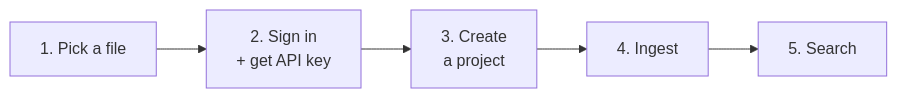
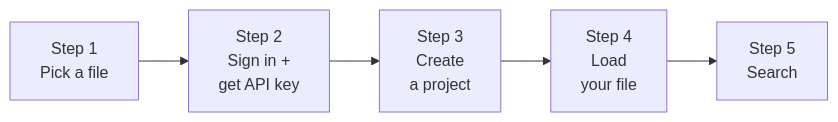
One commit to Kurious-AI/getting-started changed the first of 2 diagrams in README.md. Above: the diagram before and after it, drawn with Mermaid. The commit also changed other lines of this file, not shown here.

````diff
--- a/README.md
+++ b/README.md
@@ -93,4 +69,4 @@
 ```mermaid
 flowchart LR
-    A[1. Pick a file] --> B[2. Sign in<br/>+ get API key] --> C[3. Create<br/>a project] --> D[4. Ingest] --> E[5. Search]
+    A[Step 1<br/>Pick a file] --> B[Step 2<br/>Sign in +<br/>get API key] --> C[Step 3<br/>Create<br/>a project] --> D[Step 4<br/>Load<br/>your file] --> E[Step 5<br/>Search]
 ```
````
